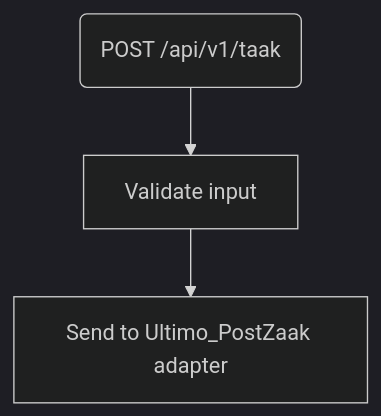
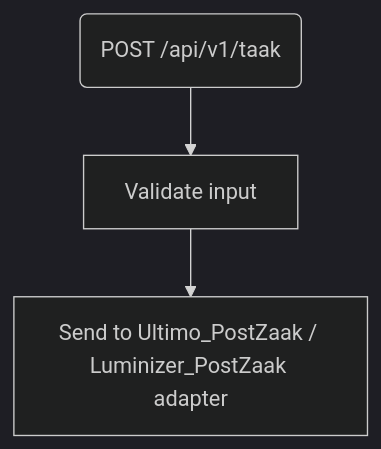
The diagram in docusaurus/docs/morcore2ultimo/frank/posttaak.md (wearefrank/morcoreintegration), drawn with Mermaid (dark theme) before and after one commit. The commit also changed other lines of this file and 23 other files, not shown here.

````diff
--- a/docusaurus/docs/morcore2ultimo/frank/posttaak.md
+++ b/docusaurus/docs/morcore2ultimo/frank/posttaak.md
@@ -7,5 +13,5 @@
 ```mermaid
 flowchart TD
     A("POST /api/v1/taak") --> B[Validate input]
-    B --> C[Send to Ultimo_PostZaak adapter]
+    B --> C[Send to Ultimo_PostZaak / Luminizer_PostZaak adapter]
 ```
````
